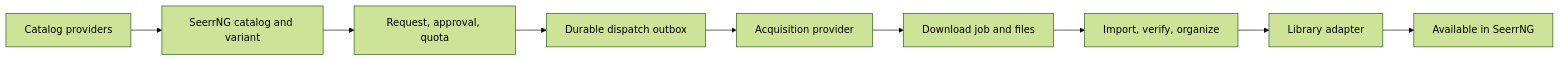
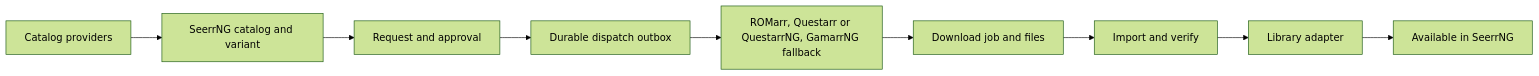
The diagram in docs/maintainers/software-acquisition-plan.md (snapetech/seerrng), drawn with Mermaid (forest theme) before and after one commit. The commit also changed other lines of this file, not shown here.

First line of the commit message:
docs: refine ROM and game acquisition plan

````diff
--- a/docs/maintainers/software-acquisition-plan.md
+++ b/docs/maintainers/software-acquisition-plan.md
@@ -54,11 +103,11 @@
 ```mermaid
 flowchart LR
     C[Catalog providers] --> S[SeerrNG catalog and variant]
-    S --> R[Request, approval, quota]
+    S --> R[Request and approval]
     R --> O[Durable dispatch outbox]
-    O --> A[Acquisition provider]
+    O --> A[ROMarr, Questarr or QuestarrNG, GamarrNG fallback]
     A --> D[Download job and files]
-    D --> L[Import, verify, organize]
+    D --> L[Import and verify]
     L --> I[Library adapter]
     I --> U[Available in SeerrNG]
 ```
````
